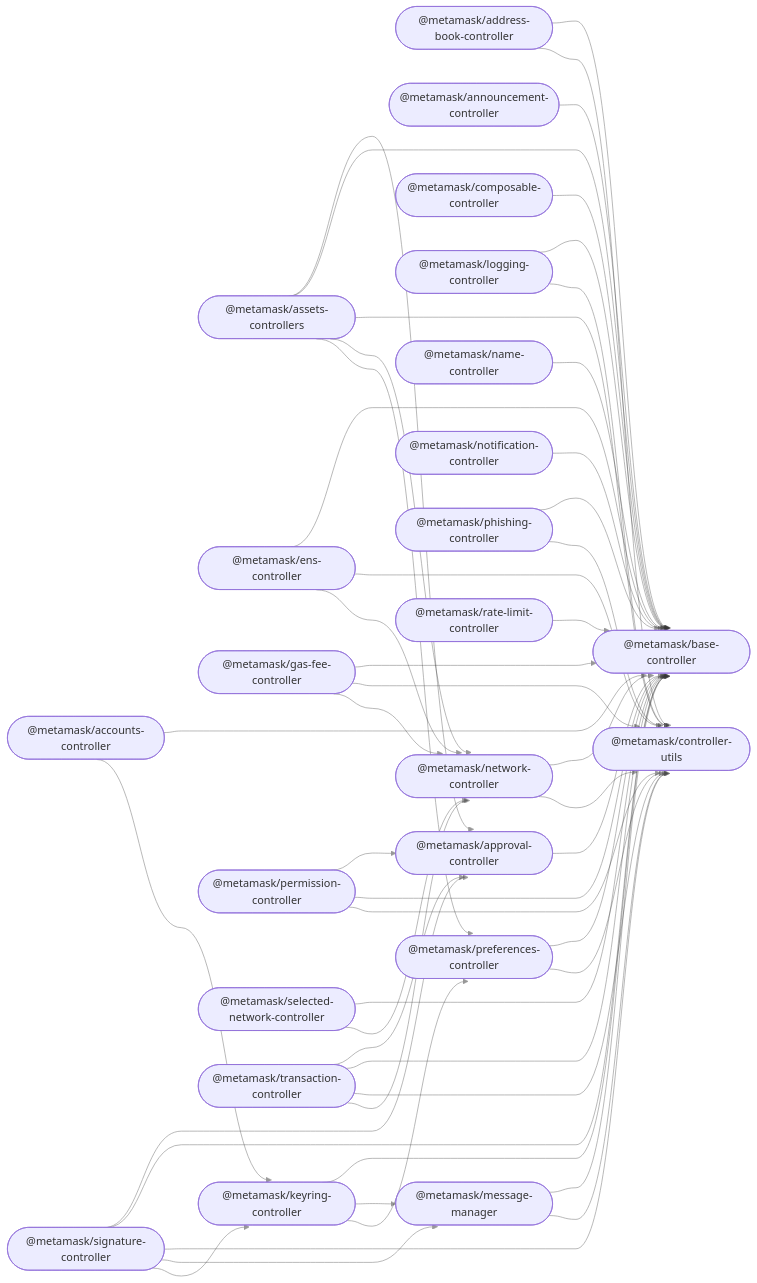
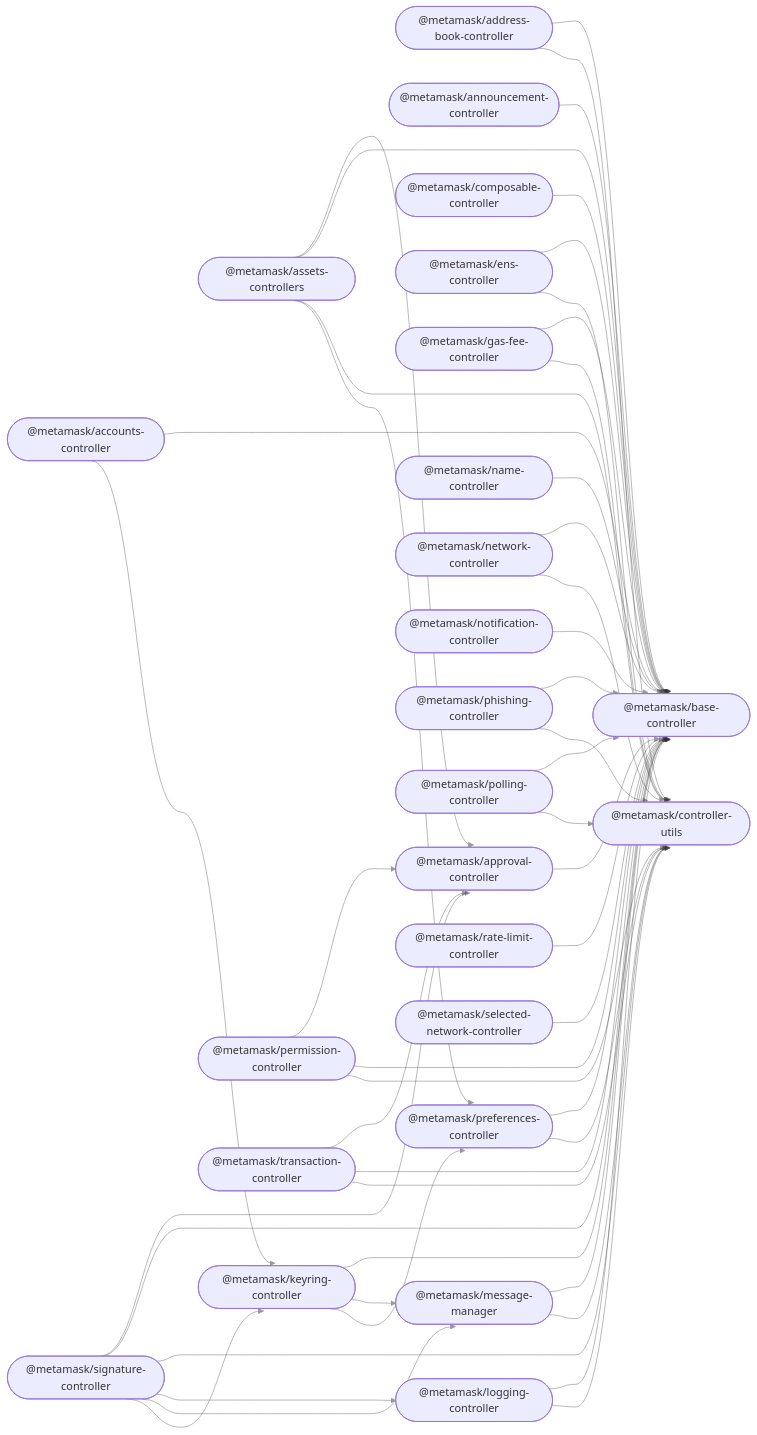
One commit to MetaMask/core changed the diagram in README.md. Above: the diagram before and after it, drawn with Mermaid. The commit also changed 27 other files, not shown here.

````diff
--- a/README.md
+++ b/README.md
@@ -35,76 +35,75 @@
-```mermaid
+``` mermaid
 %%{ init: { 'flowchart': { 'curve': 'bumpX' } } }%%
 graph LR;
 linkStyle default opacity:0.5
   accounts_controller(["@metamask/accounts-controller"]);
   address_book_controller(["@metamask/address-book-controller"]);
   announcement_controller(["@metamask/announcement-controller"]);
   approval_controller(["@metamask/approval-controller"]);
   assets_controllers(["@metamask/assets-controllers"]);
   base_controller(["@metamask/base-controller"]);
   composable_controller(["@metamask/composable-controller"]);
   controller_utils(["@metamask/controller-utils"]);
   ens_controller(["@metamask/ens-controller"]);
   gas_fee_controller(["@metamask/gas-fee-controller"]);
   keyring_controller(["@metamask/keyring-controller"]);
   logging_controller(["@metamask/logging-controller"]);
   message_manager(["@metamask/message-manager"]);
   name_controller(["@metamask/name-controller"]);
   network_controller(["@metamask/network-controller"]);
   notification_controller(["@metamask/notification-controller"]);
   permission_controller(["@metamask/permission-controller"]);
   phishing_controller(["@metamask/phishing-controller"]);
+  polling_controller(["@metamask/polling-controller"]);
   preferences_controller(["@metamask/preferences-controller"]);
   rate_limit_controller(["@metamask/rate-limit-controller"]);
   selected_network_controller(["@metamask/selected-network-controller"]);
   signature_controller(["@metamask/signature-controller"]);
   transaction_controller(["@metamask/transaction-controller"]);
   accounts_controller --> base_controller;
   accounts_controller --> keyring_controller;
   address_book_controller --> base_controller;
   address_book_controller --> controller_utils;
   announcement_controller --> base_controller;
   approval_controller --> base_controller;
   assets_controllers --> approval_controller;
   assets_controllers --> base_controller;
   assets_controllers --> controller_utils;
-  assets_controllers --> network_controller;
   assets_controllers --> preferences_controller;
   composable_controller --> base_controller;
   ens_controller --> base_controller;
   ens_controller --> controller_utils;
-  ens_controller --> network_controller;
   gas_fee_controller --> base_controller;
   gas_fee_controller --> controller_utils;
-  gas_fee_controller --> network_controller;
   keyring_controller --> base_controller;
   keyring_controller --> message_manager;
   keyring_controller --> preferences_controller;
   logging_controller --> base_controller;
   logging_controller --> controller_utils;
   message_manager --> base_controller;
   message_manager --> controller_utils;
   name_controller --> base_controller;
   network_controller --> base_controller;
   network_controller --> controller_utils;
   notification_controller --> base_controller;
   permission_controller --> approval_controller;
   permission_controller --> base_controller;
   permission_controller --> controller_utils;
   phishing_controller --> base_controller;
   phishing_controller --> controller_utils;
+  polling_controller --> base_controller;
+  polling_controller --> controller_utils;
   preferences_controller --> base_controller;
   preferences_controller --> controller_utils;
   rate_limit_controller --> base_controller;
   selected_network_controller --> base_controller;
-  selected_network_controller --> network_controller;
   signature_controller --> approval_controller;
   signature_controller --> base_controller;
   signature_controller --> controller_utils;
+  signature_controller --> logging_controller;
   signature_controller --> message_manager;
   signature_controller --> keyring_controller;
   transaction_controller --> approval_controller;
   transaction_controller --> base_controller;
   transaction_controller --> controller_utils;
-  transaction_controller --> network_controller;
 ```
````
